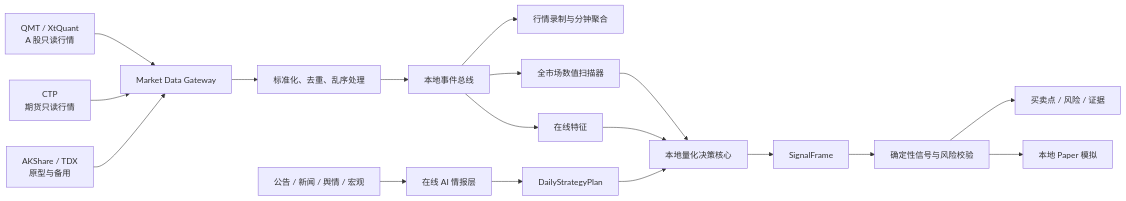
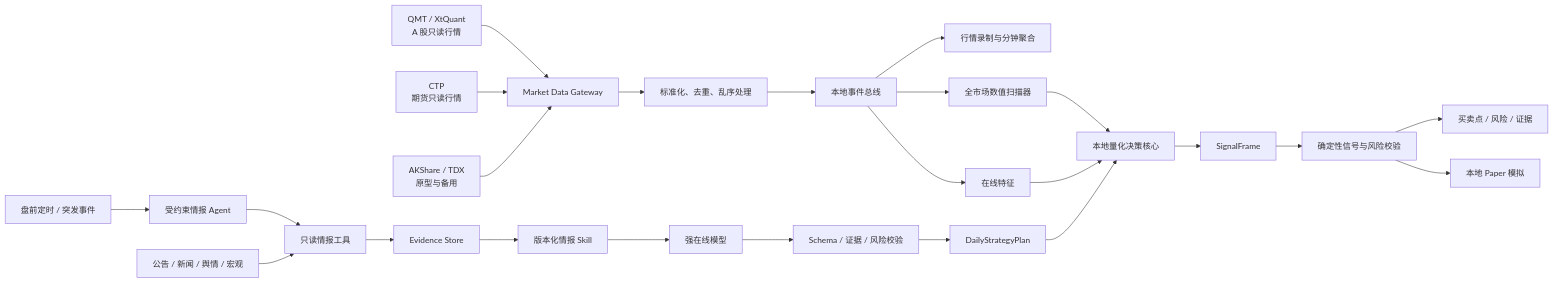
Before and after one commit to Xiaogans1/AstraQuant: the diagram in docs/superpowers/specs/2026-07-28-realtime-intelligence-foundation-design.md, drawn with Mermaid. The commit also changed other lines of this file, not shown here.

Commit message:
docs: 设计受约束情报 Agent 体验

````diff
--- a/docs/superpowers/specs/2026-07-28-realtime-intelligence-foundation-design.md
+++ b/docs/superpowers/specs/2026-07-28-realtime-intelligence-foundation-design.md
@@ -36,22 +36,28 @@
 ```mermaid
 flowchart LR
     QMT["QMT / XtQuant<br/>A 股只读行情"] --> Gateway["Market Data Gateway"]
     CTP["CTP<br/>期货只读行情"] --> Gateway
     Fallback["AKShare / TDX<br/>原型与备用"] --> Gateway
 
     Gateway --> Normalize["标准化、去重、乱序处理"]
     Normalize --> Bus["本地事件总线"]
     Bus --> Recorder["行情录制与分钟聚合"]
     Bus --> Scanner["全市场数值扫描器"]
     Bus --> Features["在线特征"]
 
-    Sources["公告 / 新闻 / 舆情 / 宏观"] --> Intel["在线 AI 情报层"]
-    Intel --> Plan["DailyStrategyPlan"]
+    Trigger["盘前定时 / 突发事件"] --> Agent["受约束情报 Agent"]
+    Sources["公告 / 新闻 / 舆情 / 宏观"] --> Tools["只读情报工具"]
+    Agent --> Tools
+    Tools --> Evidence["Evidence Store"]
+    Evidence --> Skill["版本化情报 Skill"]
+    Skill --> Model["强在线模型"]
+    Model --> Validator["Schema / 证据 / 风险校验"]
+    Validator --> Plan["DailyStrategyPlan"]
     Plan --> Core["本地量化决策核心"]
     Scanner --> Core
     Features --> Core
     Core --> Signal["SignalFrame"]
     Signal --> Guard["确定性信号与风险校验"]
     Guard --> UI["买卖点 / 风险 / 证据"]
     Guard --> Paper["本地 Paper 模拟"]
 ```
````
